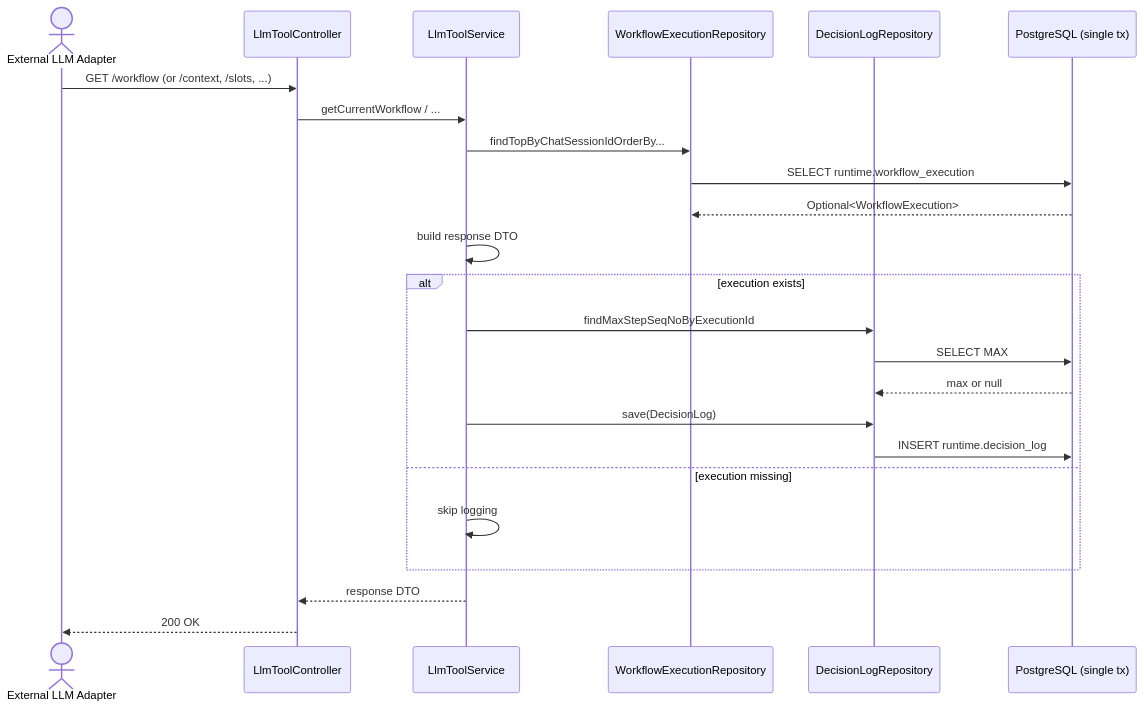
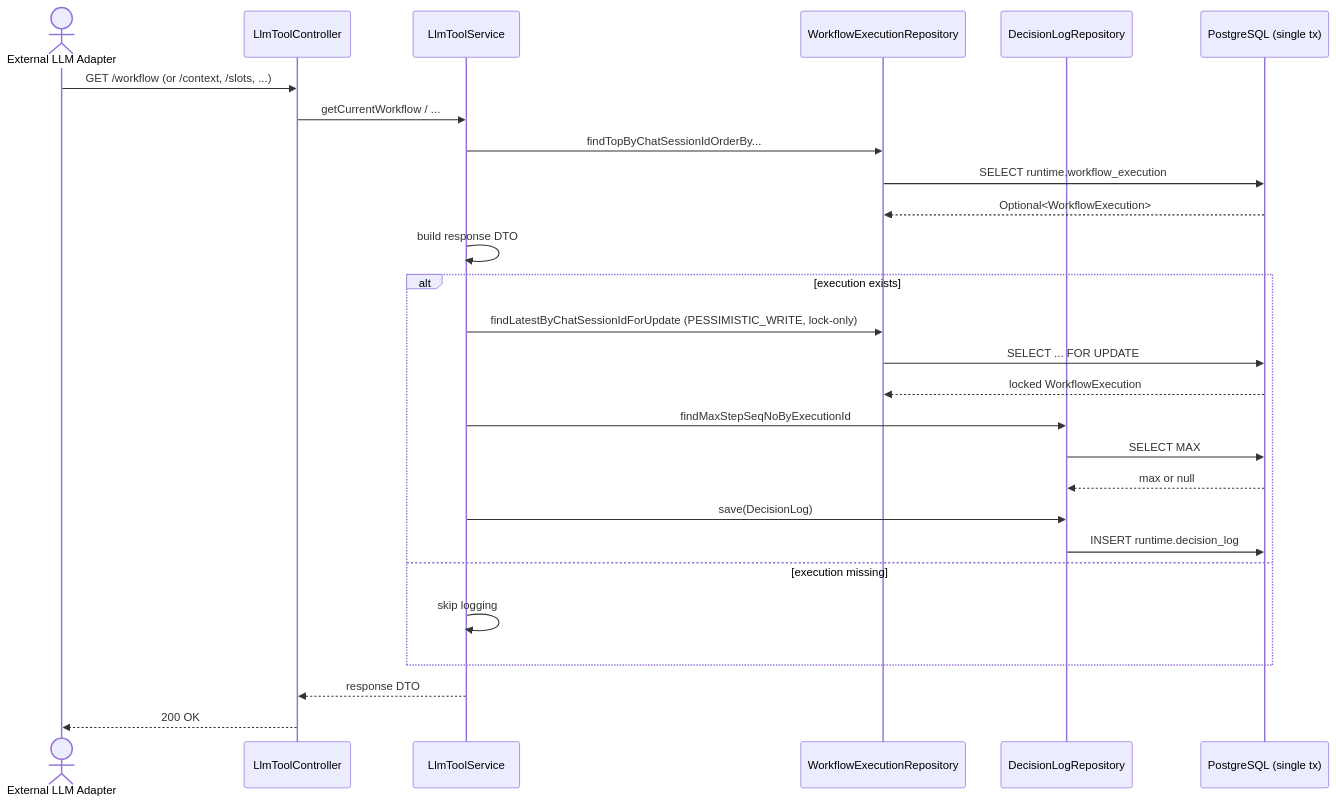
One commit to ajou-2026-1-capstone-5/ostone changed the second of 3 diagrams in .agent/specs/525.md. Above: the diagram before and after it, drawn with Mermaid. The commit also changed other lines of this file, not shown here.

````diff
--- a/.agent/specs/525.md
+++ b/.agent/specs/525.md
@@ -102,27 +102,30 @@
 ```mermaid
 sequenceDiagram
     actor llm as External LLM Adapter
     participant ctrl as LlmToolController
     participant svc as LlmToolService
     participant execRepo as WorkflowExecutionRepository
     participant dlogRepo as DecisionLogRepository
     participant db as PostgreSQL (single tx)
 
     llm ->> ctrl: GET /workflow (or /context, /slots, ...)
     ctrl ->> svc: getCurrentWorkflow / ...
     svc ->> execRepo: findTopByChatSessionIdOrderBy...
     execRepo ->> db: SELECT runtime.workflow_execution
     db -->> execRepo: Optional<WorkflowExecution>
     svc ->> svc: build response DTO
     alt execution exists
+        svc ->> execRepo: findLatestByChatSessionIdForUpdate (PESSIMISTIC_WRITE, lock-only)
+        execRepo ->> db: SELECT ... FOR UPDATE
+        db -->> execRepo: locked WorkflowExecution
         svc ->> dlogRepo: findMaxStepSeqNoByExecutionId
         dlogRepo ->> db: SELECT MAX
         db -->> dlogRepo: max or null
         svc ->> dlogRepo: save(DecisionLog)
         dlogRepo ->> db: INSERT runtime.decision_log
     else execution missing
         svc ->> svc: skip logging
     end
     svc -->> ctrl: response DTO
     ctrl -->> llm: 200 OK
 ```
````
